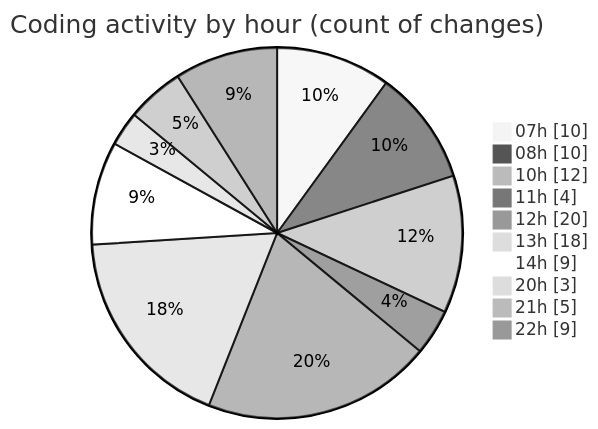
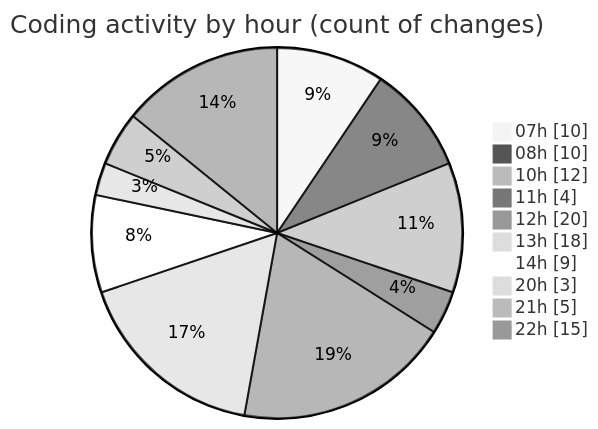
The second of 2 diagrams in 2026-02-08/singularitybrainai/README.md (tmsrecording-cyber/code-tracking), drawn with Mermaid (neutral theme) before and after one commit. The commit also changed other lines of this file and 1 other file, not shown here.

````diff
--- a/2026-02-08/singularitybrainai/README.md
+++ b/2026-02-08/singularitybrainai/README.md
@@ -47,14 +47,14 @@
 ```mermaid
 pie showData
 title Coding activity by hour (count of changes)
 "07h" : 10
 "08h" : 10
 "10h" : 12
 "11h" : 4
 "12h" : 20
 "13h" : 18
 "14h" : 9
 "20h" : 3
 "21h" : 5
-"22h" : 9
+"22h" : 15
 ```
````
